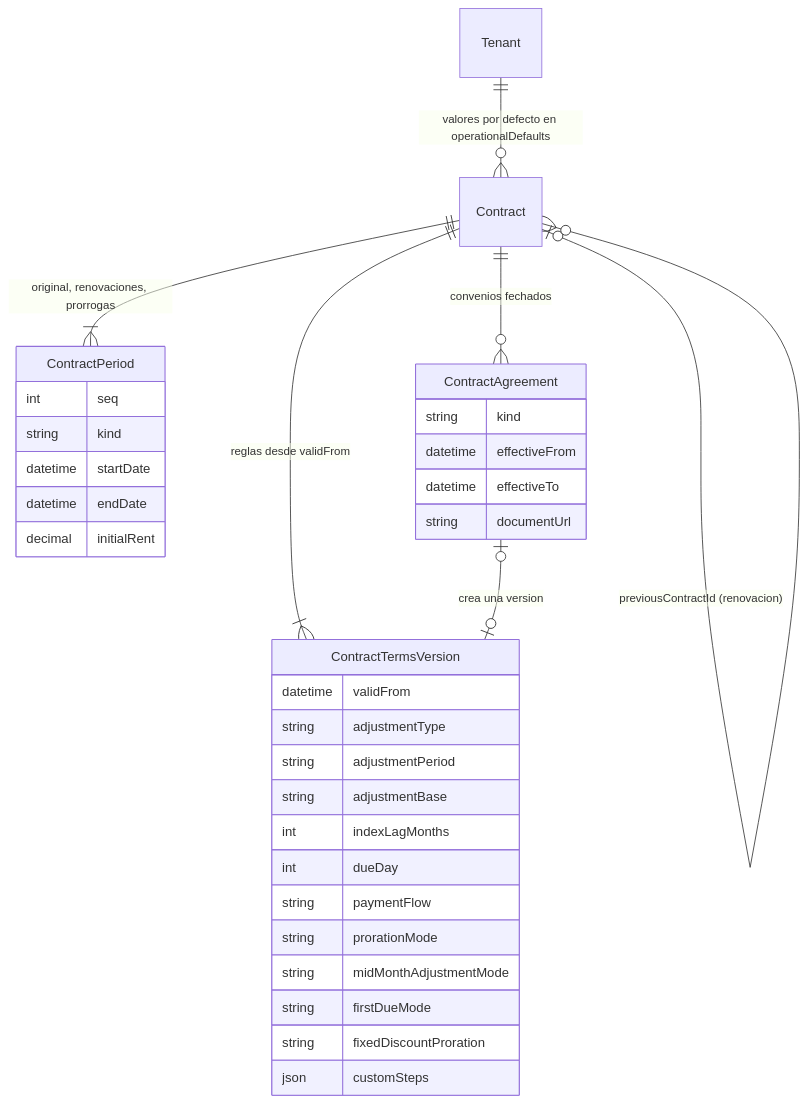
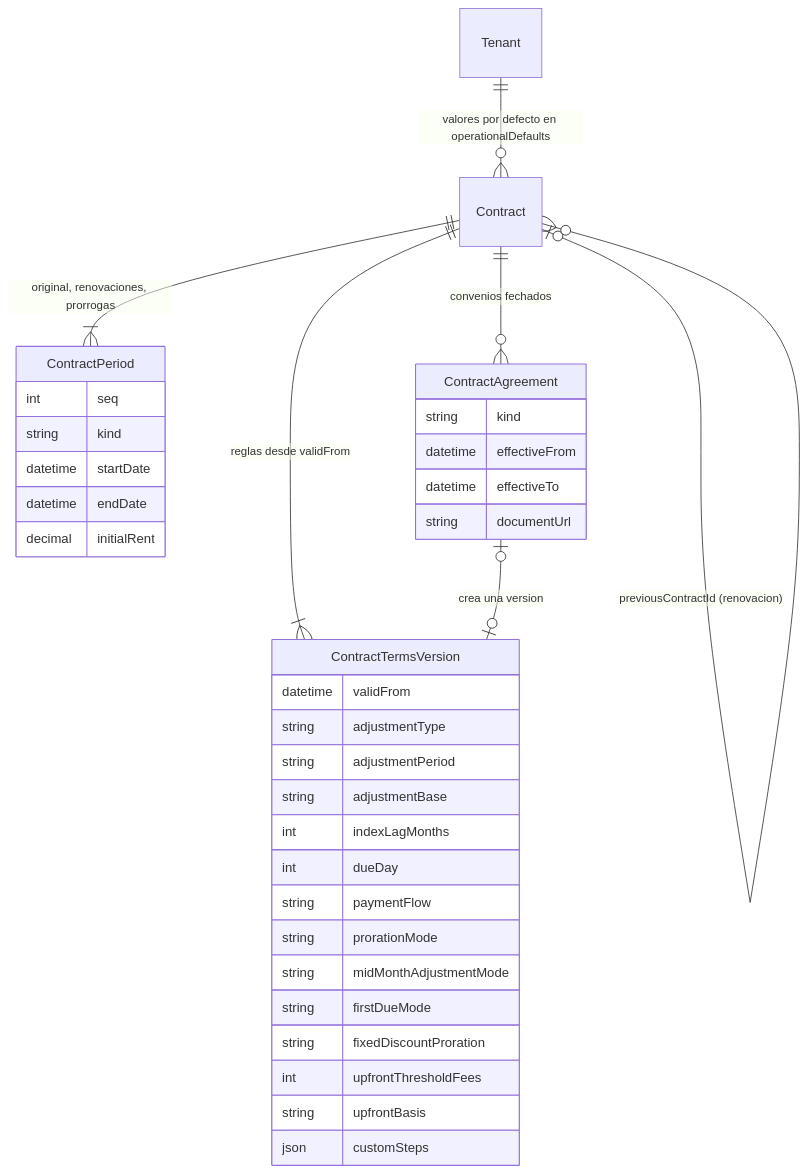
The second of 4 diagrams in docs/tesis/03-modelo-datos.md (RomeV16/Proyecto-Final---Realfy), drawn with Mermaid before and after one commit. The commit also changed other lines of this file and 6 other files, not shown here.

````diff
--- a/docs/tesis/03-modelo-datos.md
+++ b/docs/tesis/03-modelo-datos.md
@@ -226,36 +226,38 @@
 ```mermaid
 erDiagram
     Tenant ||--o{ Contract : "valores por defecto en operationalDefaults"
     Contract ||--|{ ContractPeriod : "original, renovaciones, prorrogas"
     Contract ||--|{ ContractTermsVersion : "reglas desde validFrom"
     Contract ||--o{ ContractAgreement : "convenios fechados"
     ContractAgreement |o--o| ContractTermsVersion : "crea una version"
     Contract |o--o{ Contract : "previousContractId (renovacion)"
     ContractPeriod {
         int seq
         string kind
         datetime startDate
         datetime endDate
         decimal initialRent
     }
     ContractAgreement {
         string kind
         datetime effectiveFrom
         datetime effectiveTo
         string documentUrl
     }
     ContractTermsVersion {
         datetime validFrom
         string adjustmentType
         string adjustmentPeriod
         string adjustmentBase
         int indexLagMonths
         int dueDay
         string paymentFlow
         string prorationMode
         string midMonthAdjustmentMode
         string firstDueMode
         string fixedDiscountProration
+        int upfrontThresholdFees
+        string upfrontBasis
         json customSteps
     }
 ```
````
